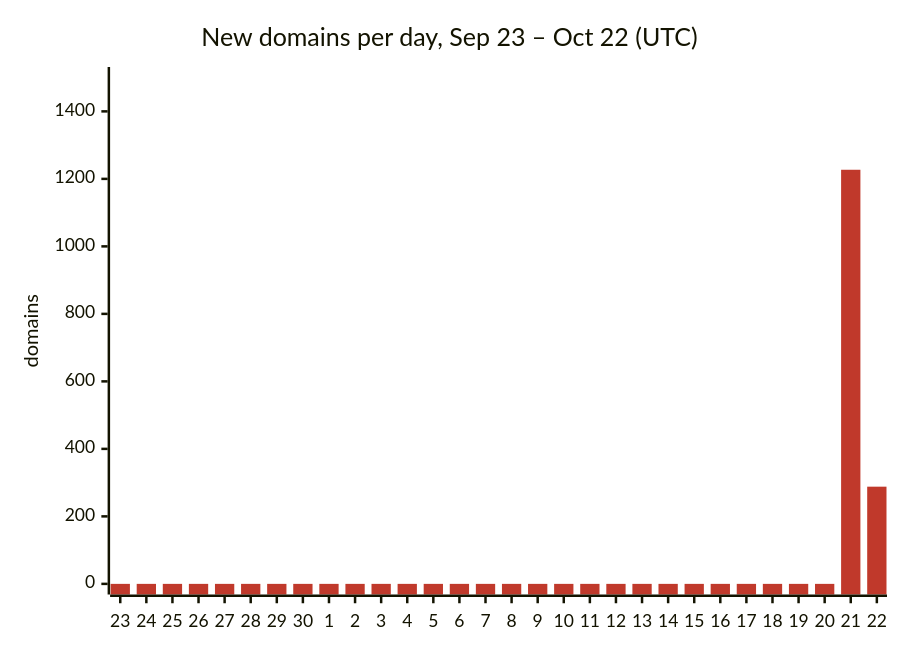
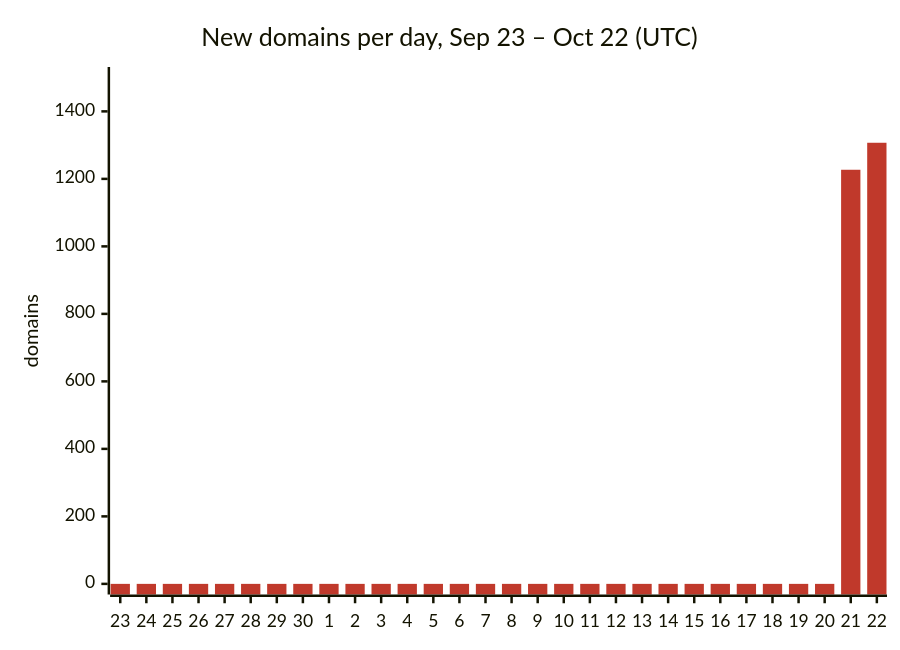
Before and after one commit to DNSBunker/CTI: the first of 3 diagrams in README.md, drawn with Mermaid. The commit also changed other lines of this file and 3 other files, not shown here.

````diff
--- a/README.md
+++ b/README.md
@@ -29,8 +29,8 @@
 ```mermaid
 %%{init: {"themeVariables": {"xyChart": {"plotColorPalette": "#c0392b"}}}}%%
 xychart-beta
     title "New domains per day, Sep 23 – Oct 22 (UTC)"
     x-axis ["23", "24", "25", "26", "27", "28", "29", "30", "1", "2", "3", "4", "5", "6", "7", "8", "9", "10", "11", "12", "13", "14", "15", "16", "17", "18", "19", "20", "21", "22"]
     y-axis "domains" 0 --> 1500
-    bar [0, 0, 0, 0, 0, 0, 0, 0, 0, 0, 0, 0, 0, 0, 0, 0, 0, 0, 0, 0, 0, 0, 0, 0, 0, 0, 0, 0, 1227, 288]
+    bar [0, 0, 0, 0, 0, 0, 0, 0, 0, 0, 0, 0, 0, 0, 0, 0, 0, 0, 0, 0, 0, 0, 0, 0, 0, 0, 0, 0, 1227, 1307]
 ```
````
